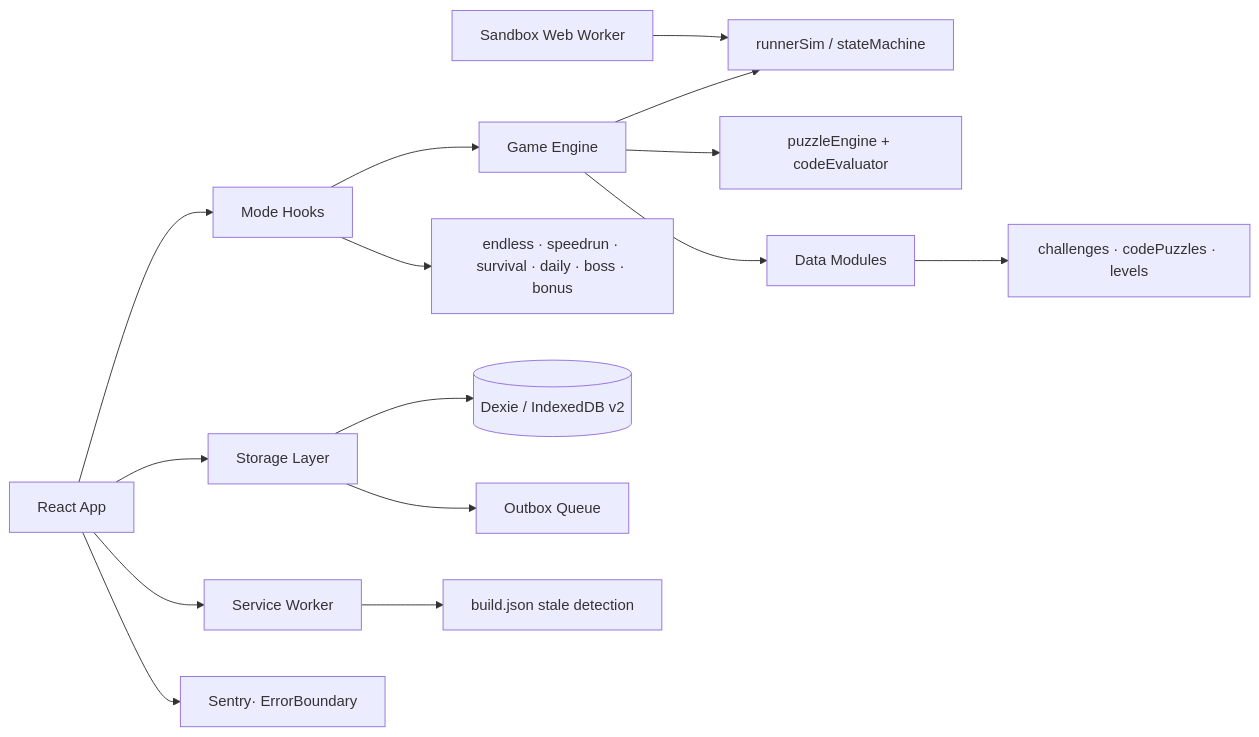
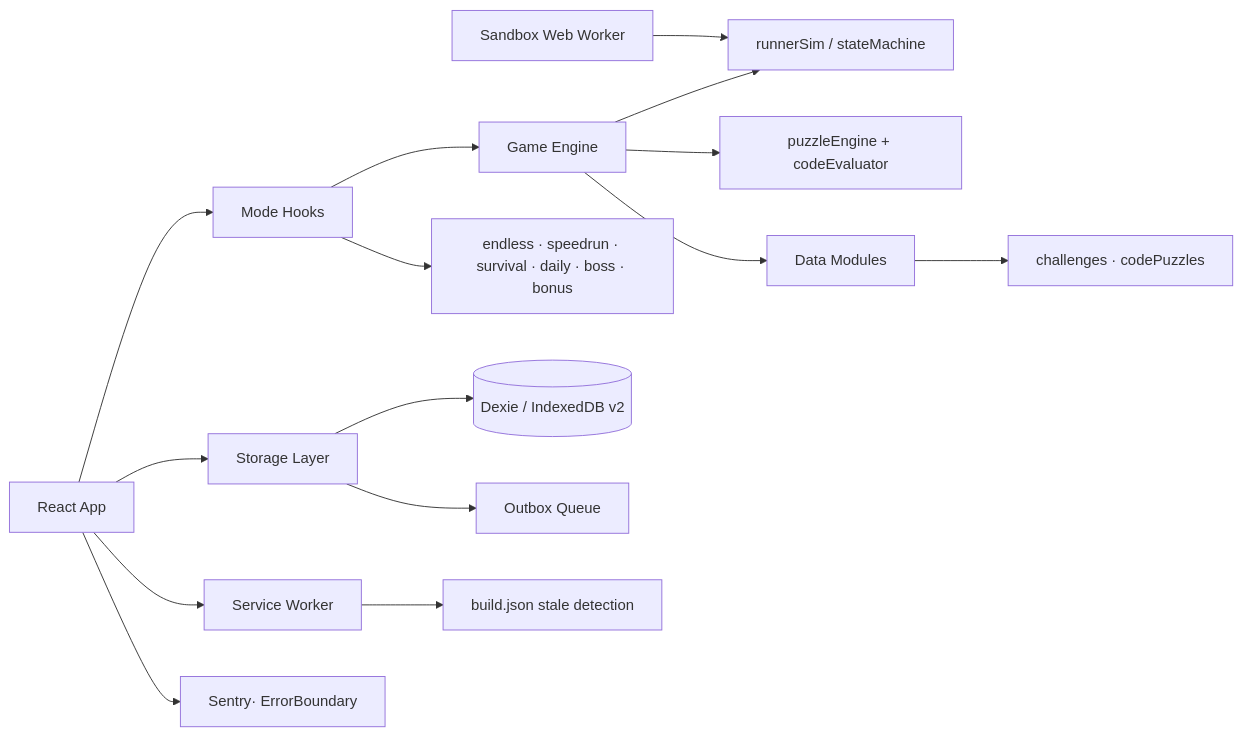
Before and after one commit to alimaandev/corun: the diagram in README.md, drawn with Mermaid. The commit also changed other lines of this file and 36 other files, not shown here.

````diff
--- a/README.md
+++ b/README.md
@@ -145,17 +145,17 @@
 ```mermaid
 flowchart LR
   UI[React App] --> Hooks[Mode Hooks]
   Hooks --> Engine[Game Engine]
   UI --> Storage[Storage Layer]
   Engine --> Sim[runnerSim / stateMachine]
   Engine --> Solve[puzzleEngine + codeEvaluator]
   Engine --> Data[Data Modules]
-  Data --> Challenges[challenges · codePuzzles · levels]
+  Data --> Challenges[challenges · codePuzzles]
   Sandbox[Sandbox Web Worker] --> Sim
   Hooks --> Modes["endless · speedrun · survival · daily · boss · bonus"]
   Storage --> Db[(Dexie / IndexedDB v2)]
   Storage --> Outbox[Outbox Queue]
   UI --> SW[Service Worker]
   SW --> BuildCheck[build.json stale detection]
   UI --> Sentry[Sentry· ErrorBoundary]
 ```
````
